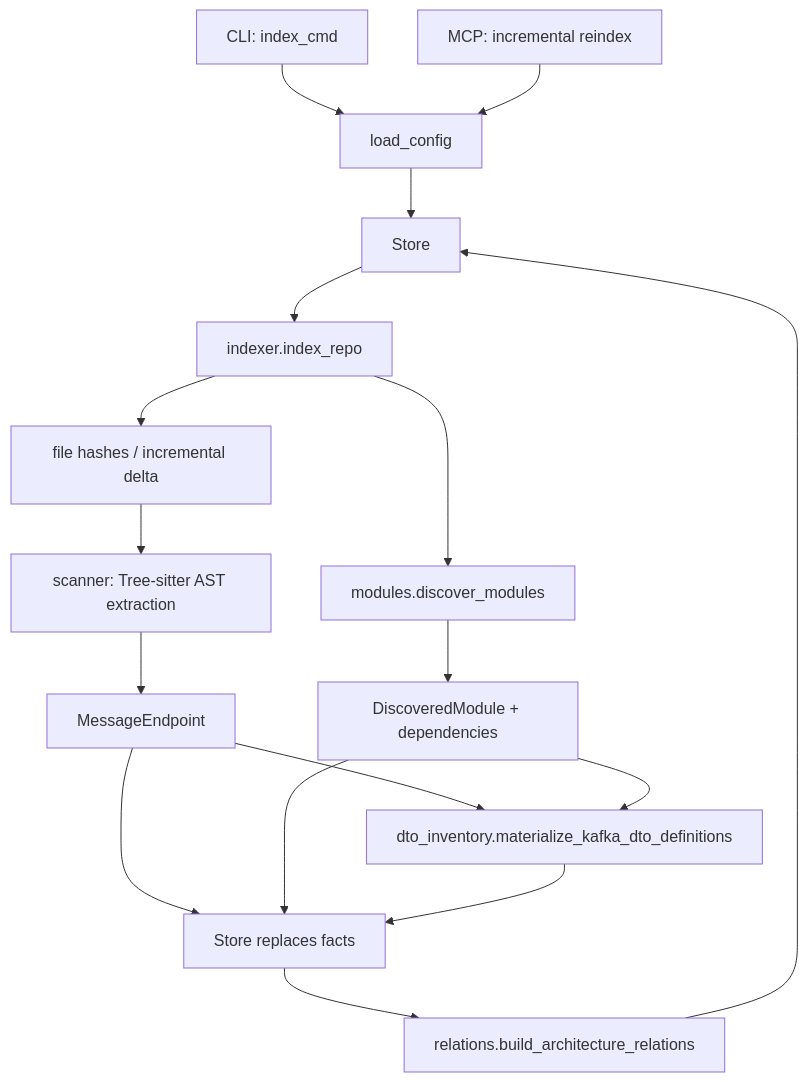
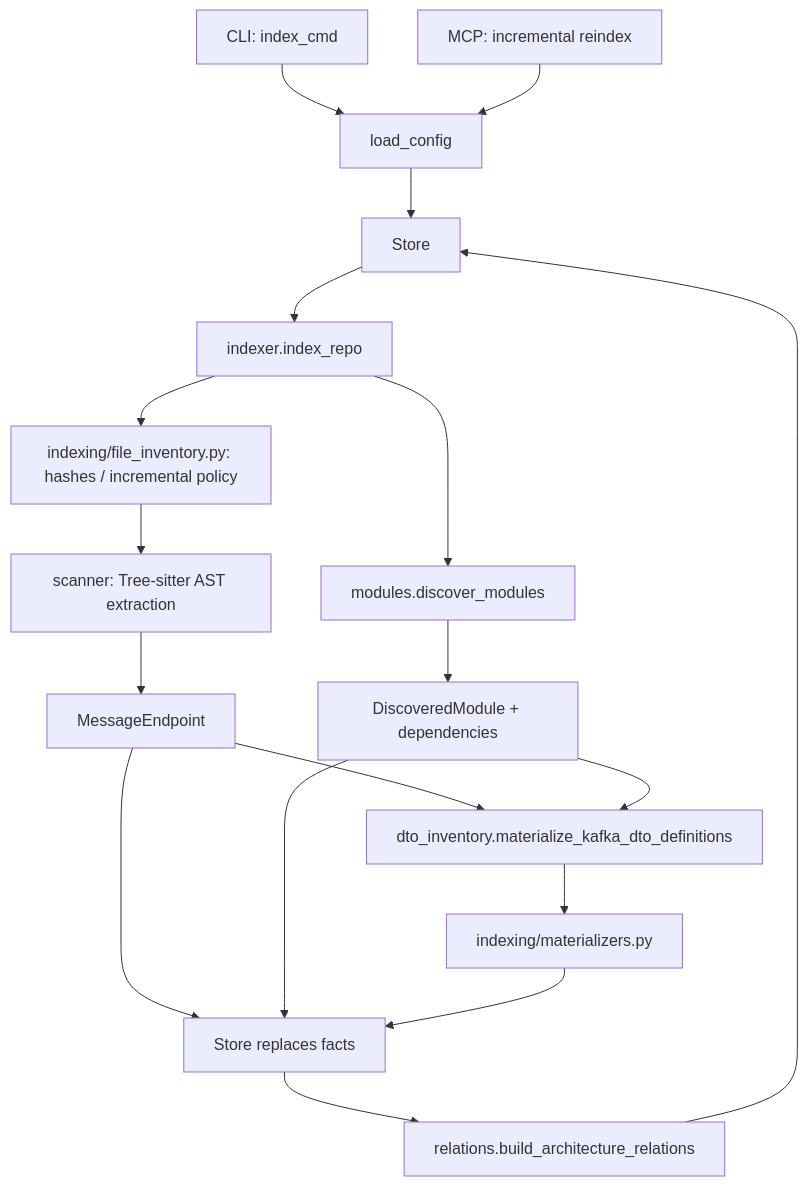
The first of 2 diagrams in docs/ARCHITECTURE.md (elkouhen/systemlens), drawn with Mermaid before and after one commit. The commit also changed other lines of this file and 28 other files, not shown here.

Commit message:
refactor architecture indexing boundaries

````diff
--- a/docs/ARCHITECTURE.md
+++ b/docs/ARCHITECTURE.md
@@ -47,19 +50,20 @@
 ```mermaid
 flowchart TD
     CLI["CLI: index_cmd"] --> Config["load_config"]
     MCP["MCP: incremental reindex"] --> Config
     Config --> Store["Store"]
     Store --> Indexer["indexer.index_repo"]
     Indexer --> ModuleDiscovery["modules.discover_modules"]
-    Indexer --> FileInventory["file hashes / incremental delta"]
+    Indexer --> FileInventory["indexing/file_inventory.py: hashes / incremental policy"]
     FileInventory --> Scanner["scanner: Tree-sitter AST extraction"]
     Scanner --> Facts["MessageEndpoint"]
     ModuleDiscovery --> ModuleFacts["DiscoveredModule + dependencies"]
     Facts --> Persist["Store replaces facts"]
     ModuleFacts --> Persist
     Facts --> DTOInventory["dto_inventory.materialize_kafka_dto_definitions"]
     ModuleFacts --> DTOInventory
-    DTOInventory --> Persist
+    DTOInventory --> Materializers["indexing/materializers.py"]
+    Materializers --> Persist
     Persist --> Relations["relations.build_architecture_relations"]
     Relations --> Store
 ```
````
